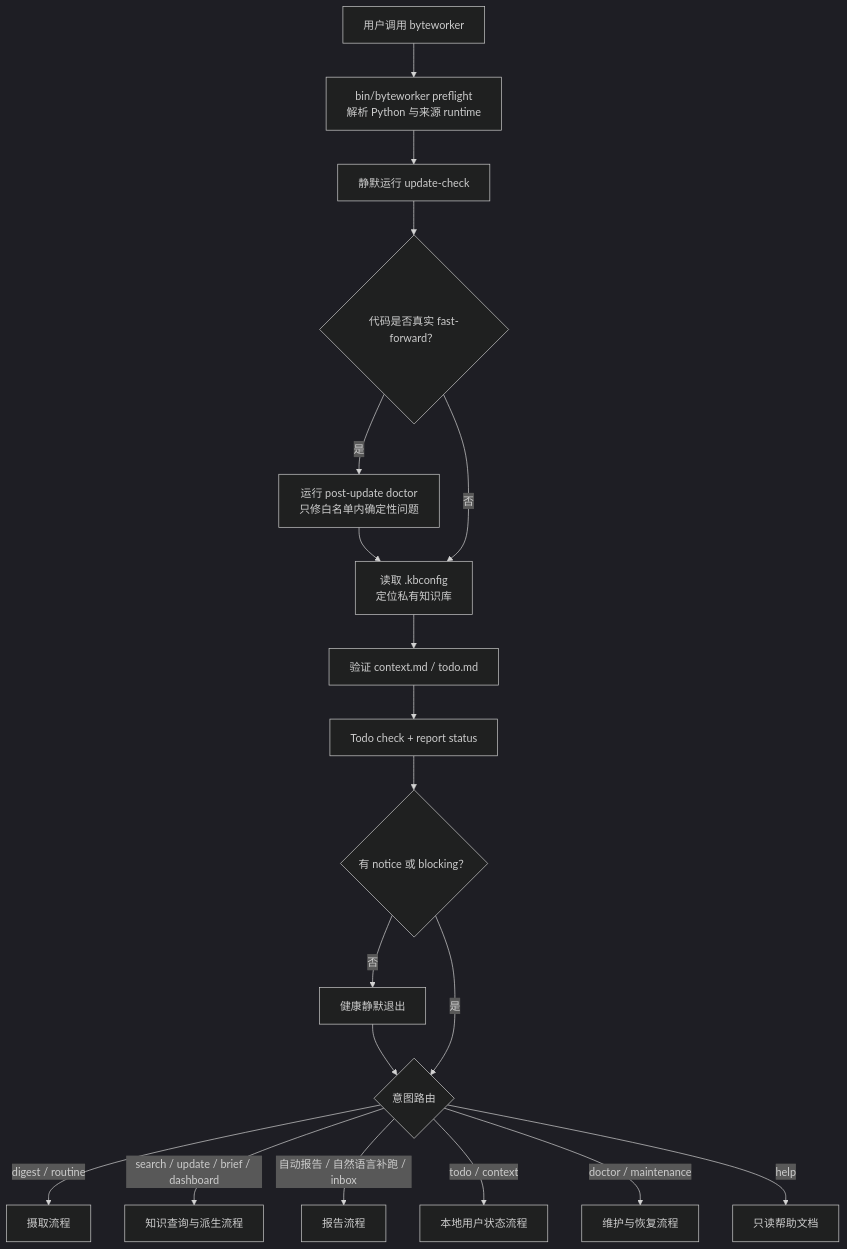
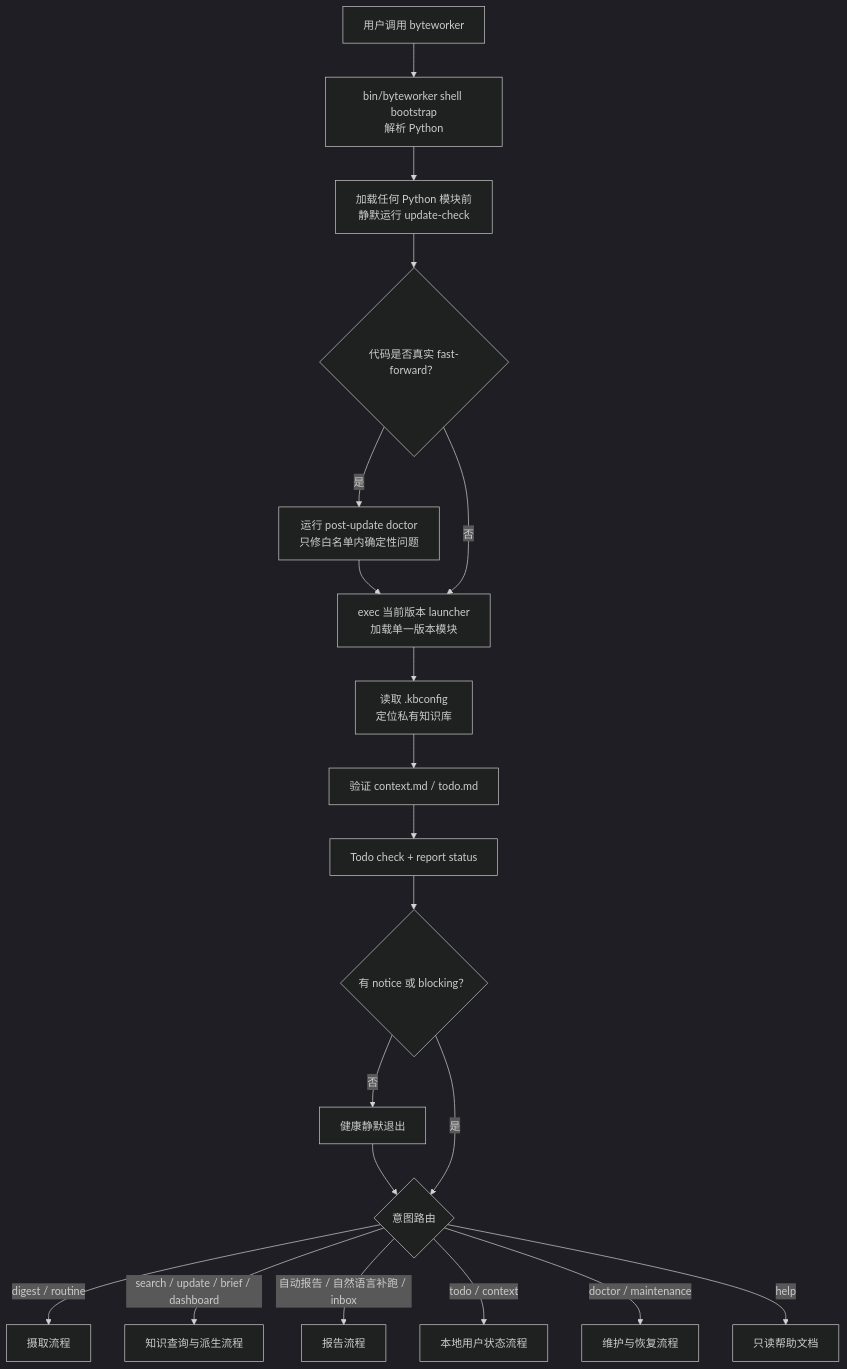
One commit to ranjiao/byteworker changed the fourth of 19 diagrams in ARCHITECTURE.md. Above: the diagram before and after it, drawn with Mermaid (dark theme). The commit also changed other lines of this file and 3 other files, not shown here.

Commit message:
docs: synchronize architecture and remediation status

````diff
--- a/ARCHITECTURE.md
+++ b/ARCHITECTURE.md
@@ -127,28 +127,30 @@
 ```mermaid
 flowchart TD
     I["用户调用 byteworker"]
-    B["bin/byteworker preflight<br/>解析 Python 与来源 runtime"]
-    U["静默运行 update-check"]
+    B["bin/byteworker shell bootstrap<br/>解析 Python"]
+    U["加载任何 Python 模块前<br/>静默运行 update-check"]
     G{"代码是否真实 fast-forward？"}
     P["运行 post-update doctor<br/>只修白名单内确定性问题"]
+    X["exec 当前版本 launcher<br/>加载单一版本模块"]
     K["读取 .kbconfig<br/>定位私有知识库"]
     C["验证 context.md / todo.md"]
     T["Todo check + report status"]
     N{"有 notice 或 blocking？"}
     Z["健康静默退出"]
     R{"意图路由"}
 
     I --> B --> U --> G
-    G -->|"是"| P --> K
-    G -->|"否"| K
+    G -->|"是"| P --> X
+    G -->|"否"| X
+    X --> K
     K --> C --> T --> N
     N -->|"否"| Z --> R
     N -->|"是"| R
 
     R -->|"digest / routine"| D["摄取流程"]
     R -->|"search / update / brief / dashboard"| Q["知识查询与派生流程"]
     R -->|"自动报告 / 自然语言补跑 / inbox"| W["报告流程"]
     R -->|"todo / context"| L["本地用户状态流程"]
     R -->|"doctor / maintenance"| M["维护与恢复流程"]
     R -->|"help"| H["只读帮助文档"]
 ```
````
